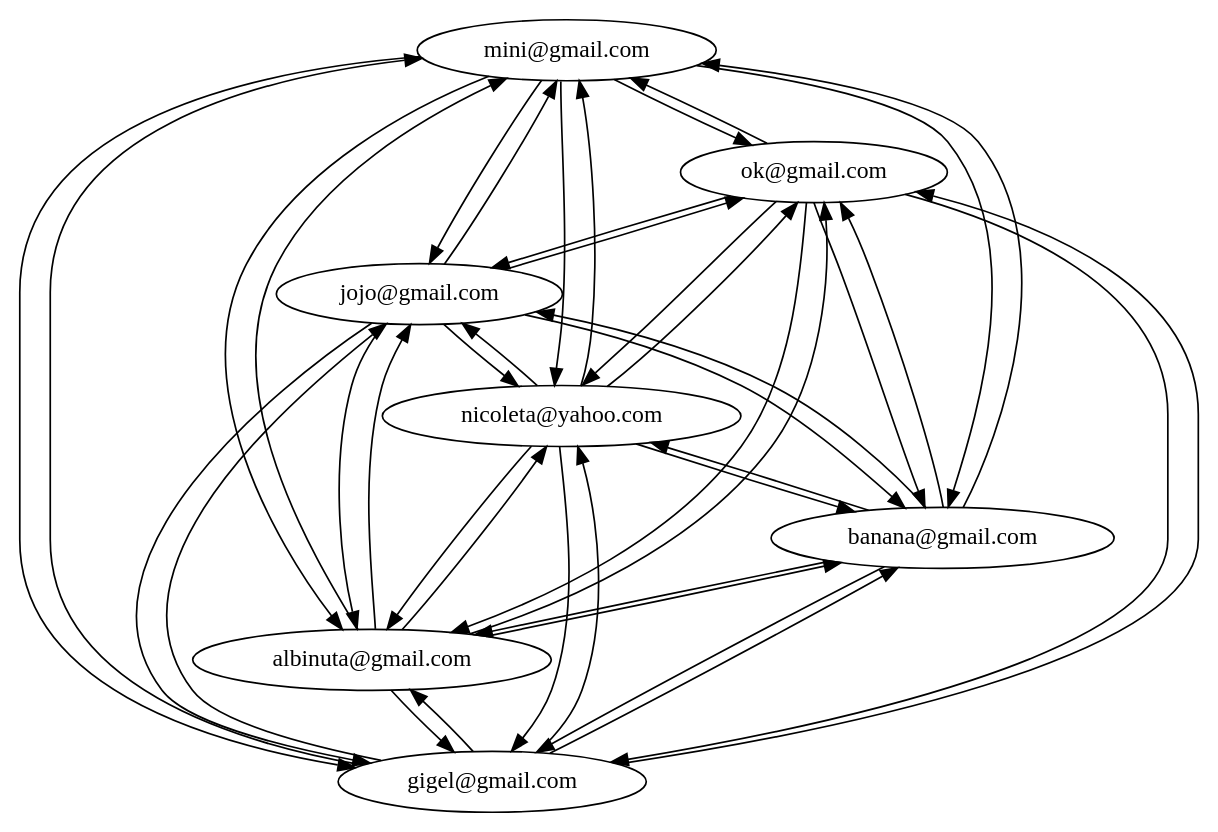
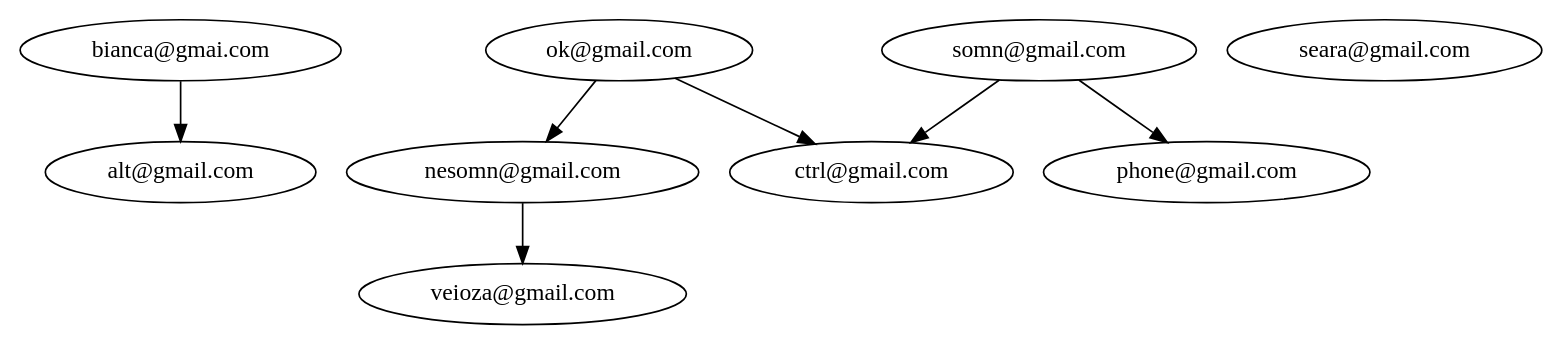
Before and after one commit to PopaBiancaStefana/QuizzApp: the diagram in proiectJAVA/quiz/target/classes/network.dot, drawn with Graphviz. The commit also changed 14 other files, not shown here.

Commit message:
working with bipartite graph

```diff
--- a/proiectJAVA/quiz/target/classes/network.dot
+++ b/proiectJAVA/quiz/target/classes/network.dot
@@ -1,51 +1,17 @@
 strict digraph G {
-  1 [ label="mini@gmail.com" ];
+  1 [ label="bianca@gmai.com" ];
   2 [ label="ok@gmail.com" ];
-  3 [ label="gigel@gmail.com" ];
-  4 [ label="albinuta@gmail.com" ];
-  5 [ label="banana@gmail.com" ];
-  6 [ label="nicoleta@yahoo.com" ];
-  7 [ label="jojo@gmail.com" ];
-  1 -> 2;
-  1 -> 3;
-  1 -> 4;
-  1 -> 5;
-  1 -> 6;
-  1 -> 7;
-  2 -> 1;
-  2 -> 3;
+  3 [ label="somn@gmail.com" ];
+  4 [ label="nesomn@gmail.com" ];
+  5 [ label="seara@gmail.com" ];
+  6 [ label="veioza@gmail.com" ];
+  7 [ label="phone@gmail.com" ];
+  8 [ label="alt@gmail.com" ];
+  9 [ label="ctrl@gmail.com" ];
+  1 -> 8;
   2 -> 4;
-  2 -> 5;
-  2 -> 6;
-  2 -> 7;
-  3 -> 1;
-  3 -> 2;
-  3 -> 4;
-  3 -> 5;
-  3 -> 6;
+  2 -> 9;
   3 -> 7;
-  4 -> 1;
-  4 -> 2;
-  4 -> 3;
-  4 -> 5;
+  3 -> 9;
   4 -> 6;
-  4 -> 7;
-  5 -> 1;
-  5 -> 2;
-  5 -> 3;
-  5 -> 4;
-  5 -> 6;
-  5 -> 7;
-  6 -> 1;
-  6 -> 2;
-  6 -> 3;
-  6 -> 4;
-  6 -> 5;
-  6 -> 7;
-  7 -> 1;
-  7 -> 2;
-  7 -> 3;
-  7 -> 4;
-  7 -> 5;
-  7 -> 6;
 }
```
